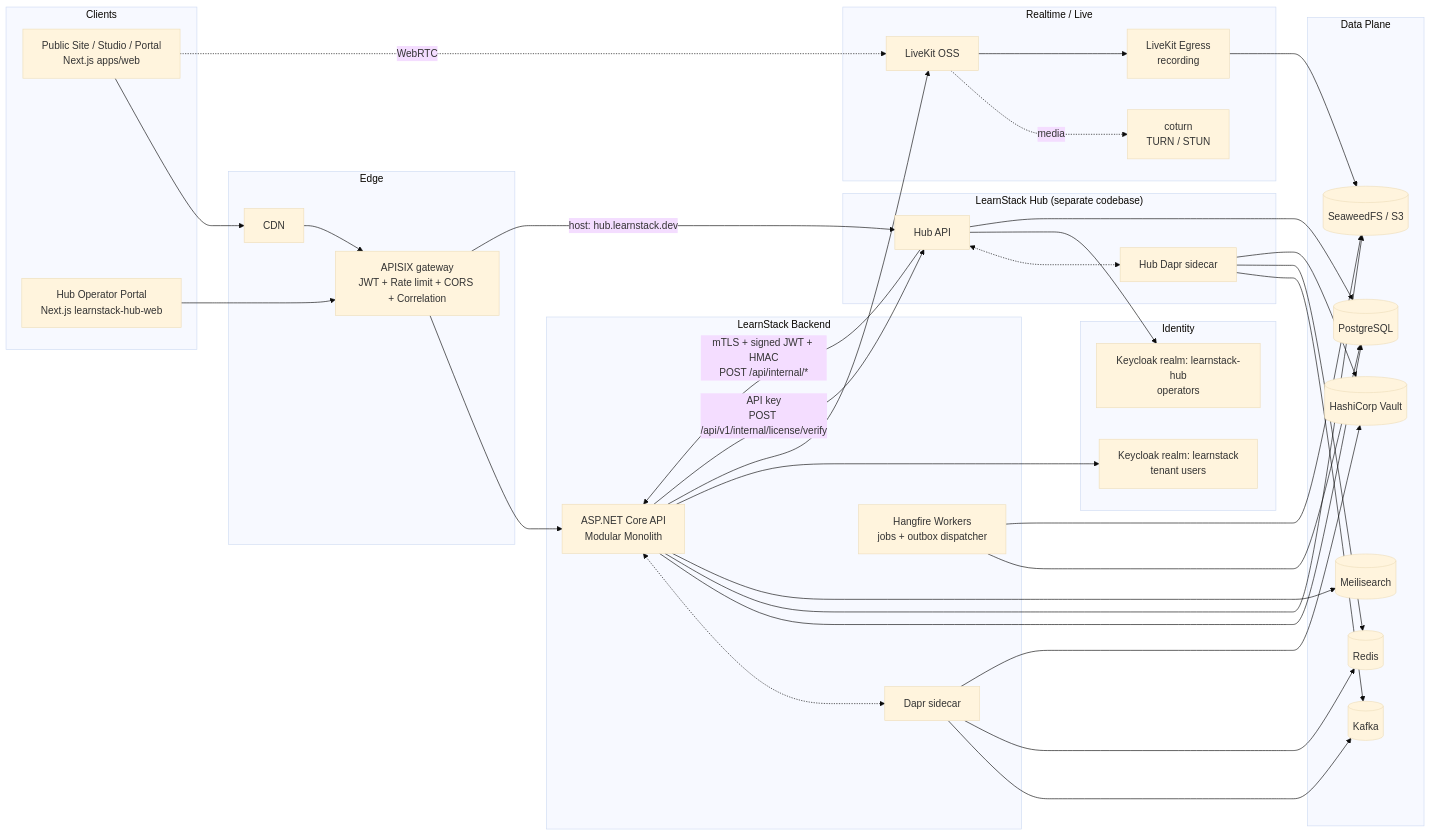
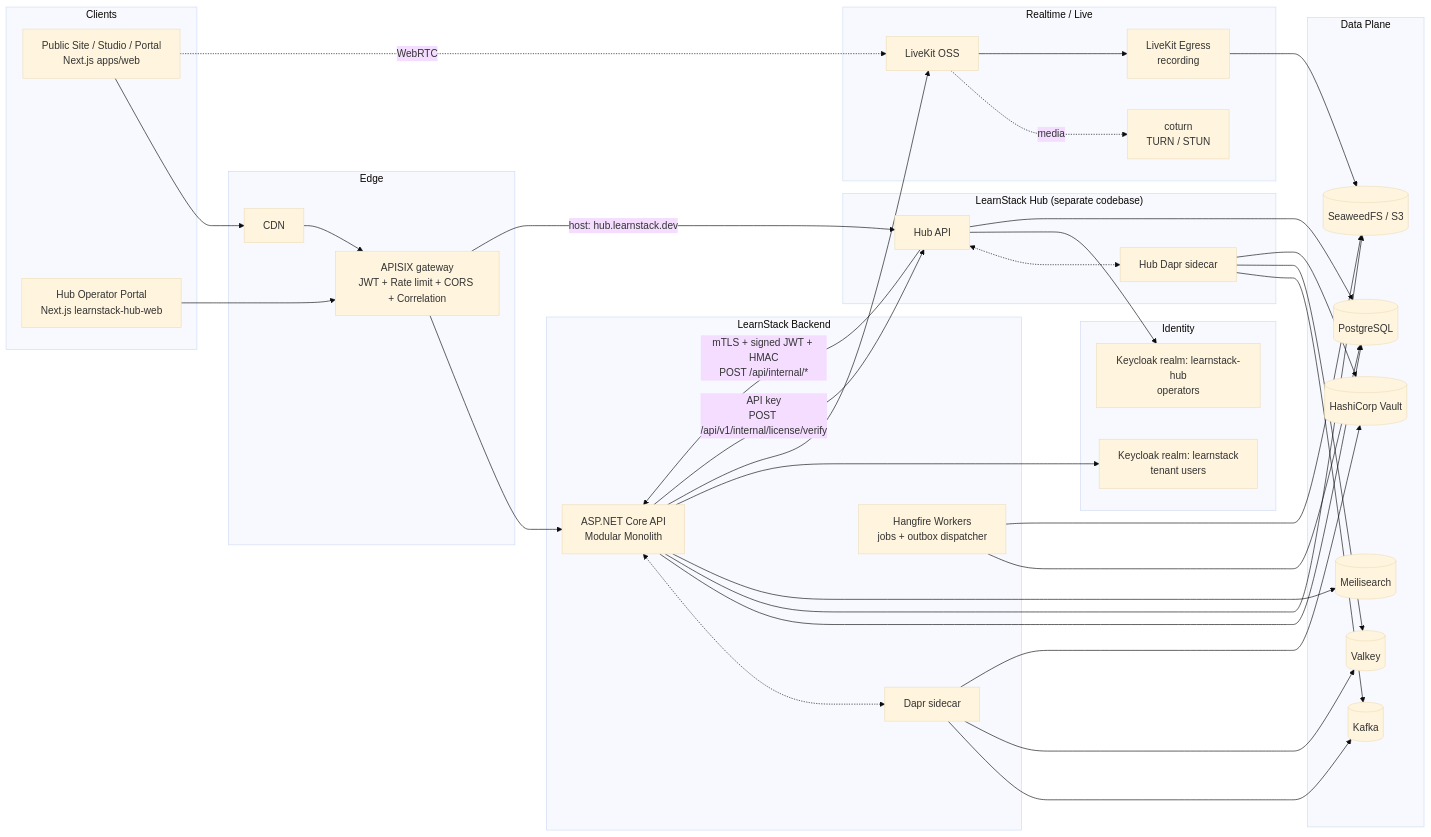
Before and after one commit to HodeTech/LearnStack: the first of 2 diagrams in docs/architecture/04-technical-architecture.md, drawn with Mermaid (base theme). The commit also changed other lines of this file and 45 other files, not shown here.

````diff
--- a/docs/architecture/04-technical-architecture.md
+++ b/docs/architecture/04-technical-architecture.md
@@ -30,74 +30,74 @@
 ```mermaid
 flowchart LR
   subgraph clients["Clients"]
     web[Public Site / Studio / Portal<br/>Next.js apps/web]
     hubweb[Hub Operator Portal<br/>Next.js learnstack-hub-web]
   end
 
   subgraph edge["Edge"]
     cdn[CDN]
     apisix[APISIX gateway<br/>JWT + Rate limit + CORS + Correlation]
   end
 
   subgraph backend["LearnStack Backend"]
     api[ASP.NET Core API<br/>Modular Monolith]
     daprd1[Dapr sidecar]
     workers[Hangfire Workers<br/>jobs + outbox dispatcher]
   end
 
   subgraph hubplane["LearnStack Hub (separate codebase)"]
     hubapi[Hub API]
     daprd2[Hub Dapr sidecar]
   end
 
   subgraph data["Data Plane"]
     pg[(PostgreSQL)]
-    redis[(Redis)]
+    redis[(Valkey)]
     seaweedfs[(SeaweedFS / S3)]
     meili[(Meilisearch)]
     kafka[(Kafka)]
     vault[(HashiCorp Vault)]
   end
 
   subgraph realtime["Realtime / Live"]
     lk[LiveKit OSS]
     egress[LiveKit Egress<br/>recording]
     turn[coturn<br/>TURN / STUN]
   end
 
   subgraph identity["Identity"]
     kc_main[Keycloak realm: learnstack<br/>tenant users]
     kc_hub[Keycloak realm: learnstack-hub<br/>operators]
   end
 
   web --> cdn --> apisix --> api
   hubweb --> apisix
   apisix -- "host: hub.learnstack.dev" --> hubapi
   web -. WebRTC .-> lk
   lk -. media .-> turn
 
   api <-.-> daprd1
   daprd1 --> kafka
   daprd1 --> redis
   daprd1 --> vault
 
   hubapi <-.-> daprd2
   daprd2 --> kafka
   daprd2 --> redis
   daprd2 --> vault
 
   api --> pg
   api --> seaweedfs
   api --> meili
   api --> kc_main
   api --> lk
   workers --> pg
   workers --> seaweedfs
   egress --> seaweedfs
   lk --> egress
 
   hubapi -- "mTLS + signed JWT + HMAC<br/>POST /api/internal/*" --> api
   api -- "API key<br/>POST /api/v1/internal/license/verify" --> hubapi
   hubapi --> kc_hub
   hubapi --> pg
 ```
````
